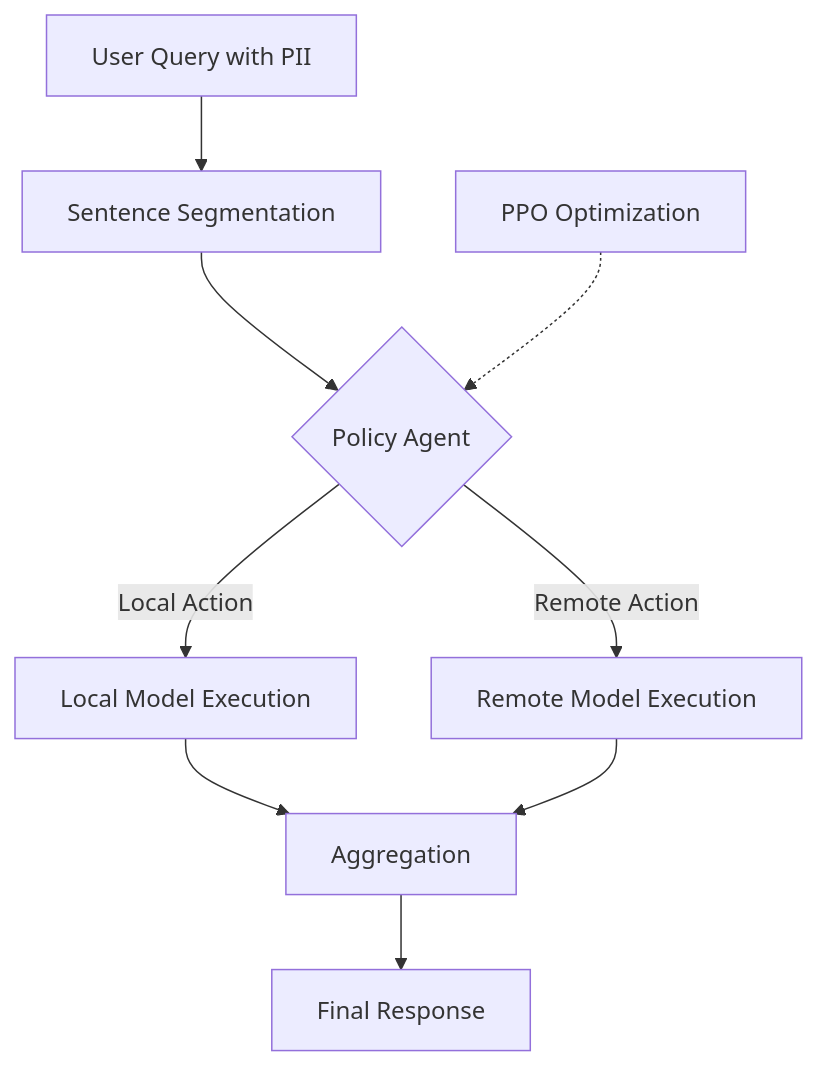
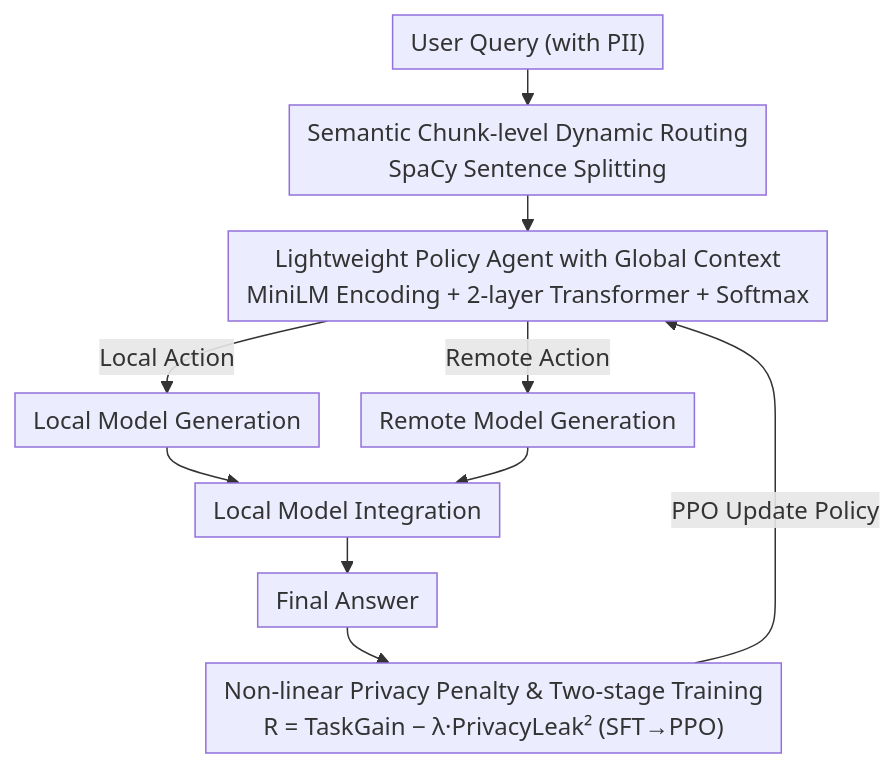
Before and after one commit to zhaoyang97/Paper-Notes-en: the diagram in docs/ACL2026/llm_safety/privacy-r1_privacy-aware_multi-llm_agent_collaboration_via_reinforcement_learnin.md, drawn with Mermaid. The commit also changed other lines of this file and 8366 other files, not shown here.

````diff
--- a/docs/ACL2026/llm_safety/privacy-r1_privacy-aware_multi-llm_agent_collaboration_via_reinforcement_learnin.md
+++ b/docs/ACL2026/llm_safety/privacy-r1_privacy-aware_multi-llm_agent_collaboration_via_reinforcement_learnin.md
@@ -48,11 +43,13 @@
 ```mermaid
-graph TD
-    A[User Query with PII] --> B[Sentence Segmentation]
-    B --> C{Policy Agent}
-    C -->|Local Action| D[Local Model Execution]
-    C -->|Remote Action| E[Remote Model Execution]
-    D --> F[Aggregation]
+%%{init: {'flowchart': {'rankSpacing': 24, 'nodeSpacing': 28, 'padding': 6, 'wrappingWidth': 400}}}%%
+flowchart TD
+    A["User Query (with PII)"] --> B["Semantic Chunk-level Dynamic Routing<br/>SpaCy Sentence Splitting"]
+    B --> C["Lightweight Policy Agent with Global Context<br/>MiniLM Encoding + 2-layer Transformer + Softmax"]
+    C -->|Local Action| D["Local Model Generation"]
+    C -->|Remote Action| E["Remote Model Generation"]
+    D --> F["Local Model Integration"]
     E --> F
-    F --> G[Final Response]
-    H[PPO Optimization] -.-> C
+    F --> G["Final Answer"]
+    G --> H["Non-linear Privacy Penalty & Two-stage Training<br/>R = TaskGain − λ·PrivacyLeak² (SFT→PPO)"]
+    H -->|PPO Update Policy| C
 ```
````
